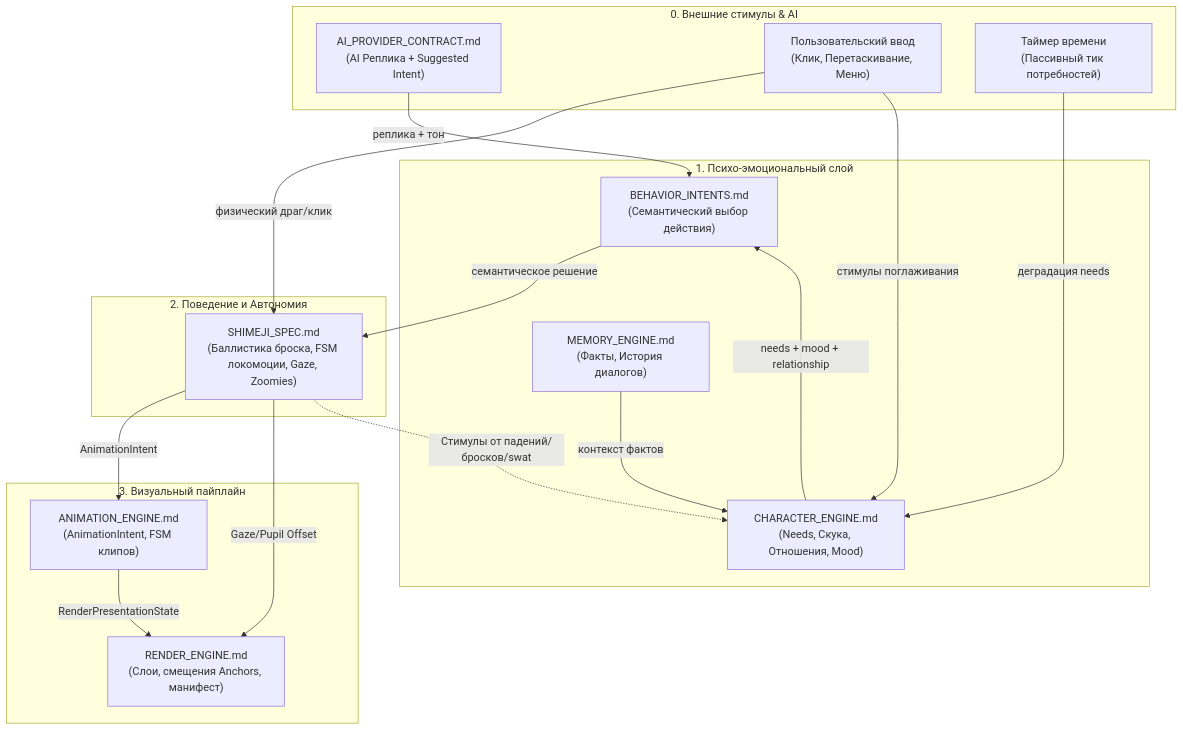
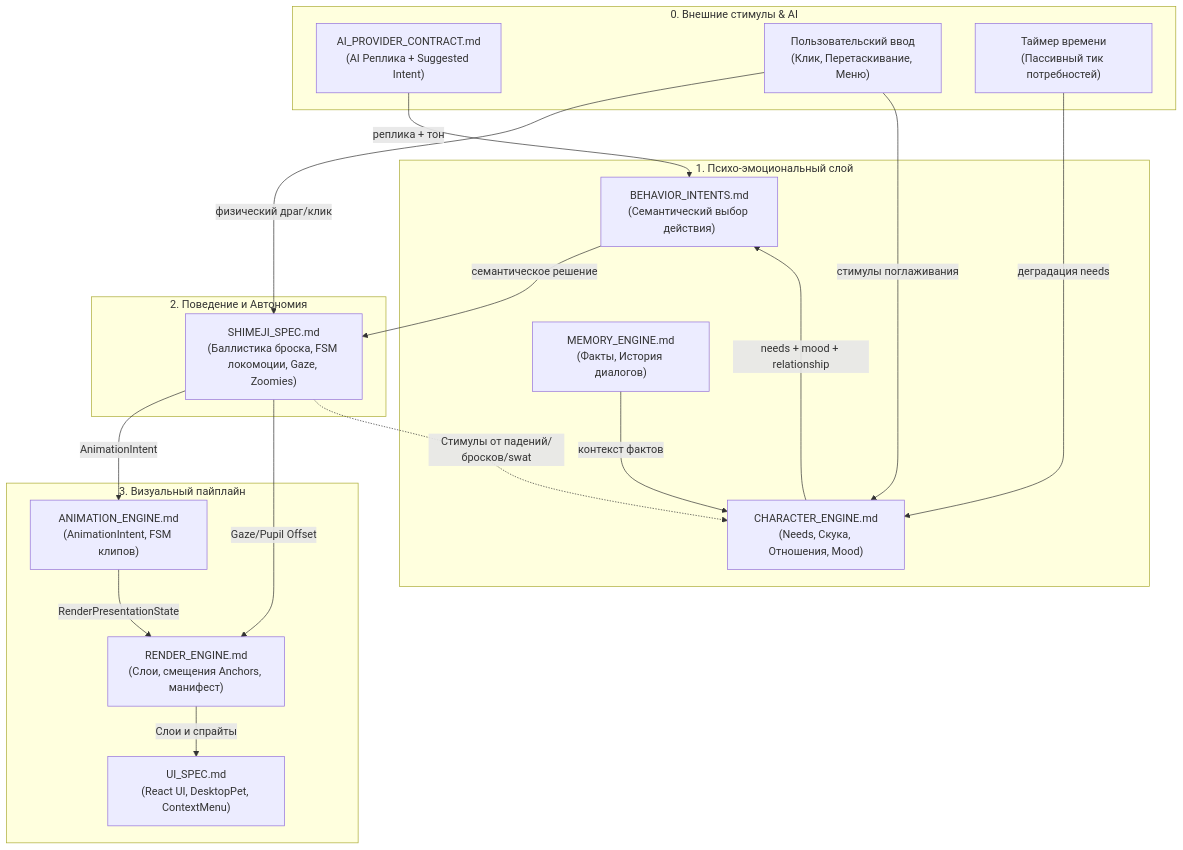
Before and after one commit to zyzycode/project_wisp: the diagram in docs/engine/README.md, drawn with Mermaid. The commit also changed other lines of this file and 2 other files, not shown here.

````diff
--- a/docs/engine/README.md
+++ b/docs/engine/README.md
@@ -24,42 +25,44 @@
 ```mermaid
 flowchart TD
     subgraph External["0. Внешние стимулы & AI"]
         AI["AI_PROVIDER_CONTRACT.md\n(AI Реплика + Suggested Intent)"]
         UserEvents["Пользовательский ввод\n(Клик, Перетаскивание, Меню)"]
         Tick["Таймер времени\n(Пассивный тик потребностей)"]
     end
 
     subgraph Mind["1. Психо-эмоциональный слой"]
         CE["CHARACTER_ENGINE.md\n(Needs, Скука, Отношения, Mood)"]
         Mem["MEMORY_ENGINE.md\n(Факты, История диалогов)"]
         BI["BEHAVIOR_INTENTS.md\n(Семантический выбор действия)"]
     end
 
     subgraph Motion["2. Поведение и Автономия"]
         Shimeji["SHIMEJI_SPEC.md\n(Баллистика броска, FSM локомоции, Gaze, Zoomies)"]
     end
 
     subgraph Visual["3. Визуальный пайплайн"]
         AE["ANIMATION_ENGINE.md\n(AnimationIntent, FSM клипов)"]
         RE["RENDER_ENGINE.md\n(Слои, смещения Anchors, манифест)"]
+        UI["UI_SPEC.md\n(React UI, DesktopPet, ContextMenu)"]
     end
 
     %% Потоки стимулов
     Tick -->|деградация needs| CE
     AI -->|реплика + тон| BI
     UserEvents -->|физический драг/клик| Shimeji
     UserEvents -->|стимулы поглаживания| CE
 
     %% Психология -> Выбор поведения
     CE -->|needs + mood + relationship| BI
     Mem -->|контекст фактов| CE
     BI -->|семантическое решение| Shimeji
 
     %% Shimeji -> Визуализация
     Shimeji -->|AnimationIntent| AE
     Shimeji -->|Gaze/Pupil Offset| RE
     AE -->|RenderPresentationState| RE
+    RE -->|Слои и спрайты| UI
 
     %% Обратная связь физики в психологию
     Shimeji -.->|Стимулы от падений/бросков/swat| CE
 ```
````
